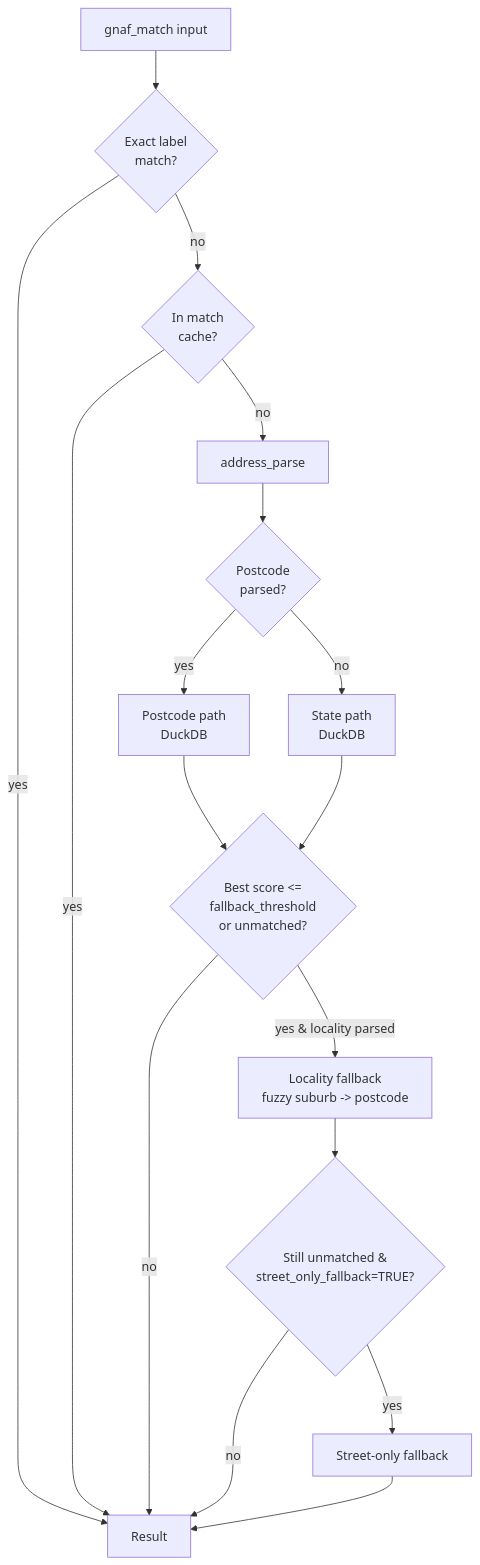
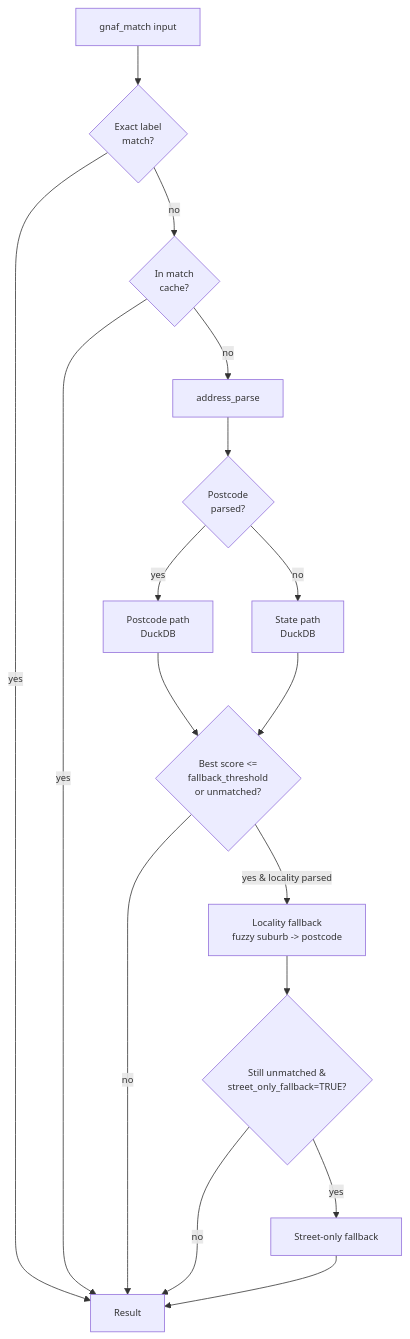
The diagram in docs/03-theory.qmd (KyleHaynes/anthropic_address), drawn with Mermaid before and after one commit. The commit also changed 2 other files, not shown here.

````diff
--- a/docs/03-theory.qmd
+++ b/docs/03-theory.qmd
@@ -10,19 +10,26 @@
 ```{mermaid}
+%%{init: {'themeVariables': {
+  'fontSize': '12px',
+  'nodePadding': 6,
+  'rankSpacing': 16,
+  'edgeSpacing': 8,
+  'diagramPadding': 6
+}}}%%
 flowchart TD
-    A[gnaf_match input] --> B{Exact label\nmatch?}
+    A[gnaf_match input] --> B{Exact label<br/>match?}
     B -- yes --> Z[Result]
-    B -- no --> C{In match\ncache?}
+    B -- no --> C{In match<br/>cache?}
     C -- yes --> Z
     C -- no --> D[address_parse]
-    D --> E{Postcode\nparsed?}
-    E -- yes --> F[Postcode path\nDuckDB]
-    E -- no --> G[State path\nDuckDB]
-    F --> H{Best score <=\nfallback_threshold\nor unmatched?}
+    D --> E{Postcode<br/>parsed?}
+    E -- yes --> F[Postcode path<br/>DuckDB]
+    E -- no --> G[State path<br/>DuckDB]
+    F --> H{Best score <=<br/>fallback_threshold<br/>or unmatched?}
     G --> H
-    H -- yes & locality parsed --> I[Locality fallback\nfuzzy suburb -> postcode]
+    H -- yes & locality parsed --> I[Locality fallback<br/>fuzzy suburb -> postcode]
     H -- no --> Z
-    I --> J{Still unmatched &\nstreet_only_fallback=TRUE?}
+    I --> J{Still unmatched &<br/>street_only_fallback=TRUE?}
     J -- yes --> K[Street-only fallback]
     J -- no --> Z
     K --> Z
 ```
````
